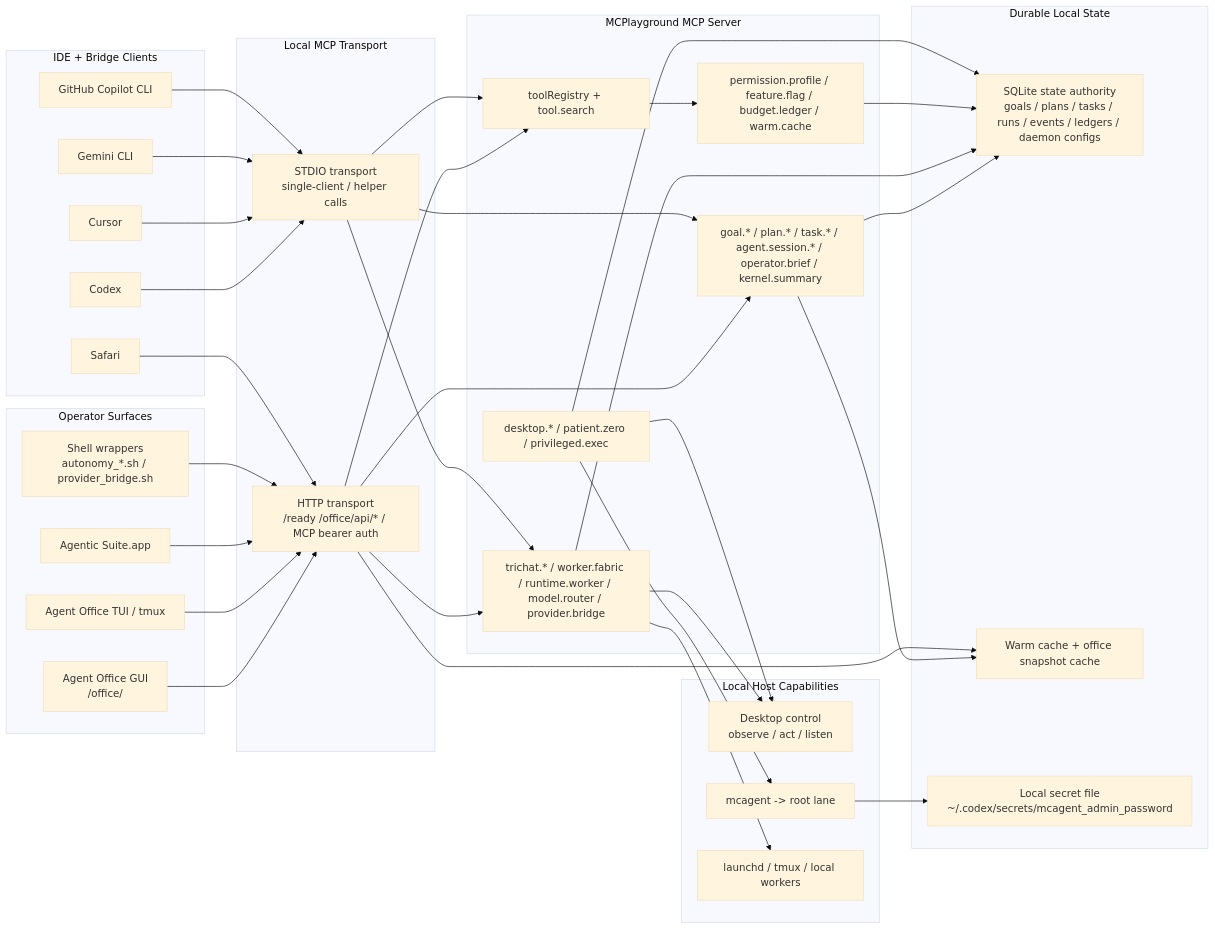
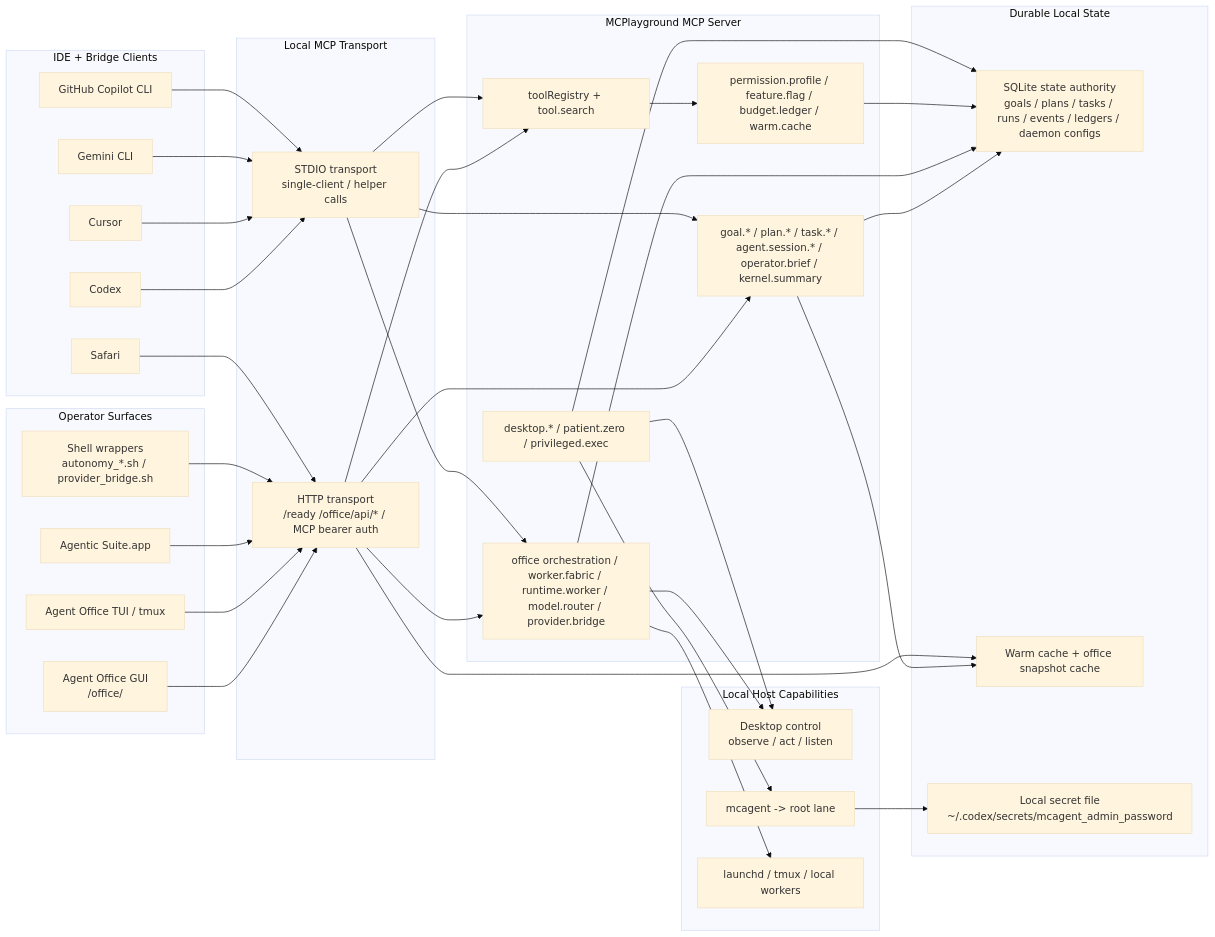
The fourth of 7 diagrams in README.md (driverd12/MASTER-MOLD), drawn with Mermaid (base theme) before and after one commit. The commit also changed other lines of this file, not shown here.

````diff
--- a/README.md
+++ b/README.md
@@ -114,73 +126,73 @@
 ```mermaid
 flowchart LR
   subgraph Operator["Operator Surfaces"]
     OfficeGUI["Agent Office GUI<br/>/office/"]
     OfficeTUI["Agent Office TUI / tmux"]
     Suite["Agentic Suite.app"]
     Shell["Shell wrappers<br/>autonomy_*.sh / provider_bridge.sh"]
   end
 
   subgraph Clients["IDE + Bridge Clients"]
     Codex["Codex"]
     Cursor["Cursor"]
     Gemini["Gemini CLI"]
     Copilot["GitHub Copilot CLI"]
     Browser["Safari"]
   end
 
   subgraph Transport["Local MCP Transport"]
     HTTP["HTTP transport<br/>/ready /office/api/* / MCP bearer auth"]
     STDIO["STDIO transport<br/>single-client / helper calls"]
   end
 
   subgraph Kernel["MCPlayground MCP Server"]
     Registry["toolRegistry + tool.search"]
     Control["goal.* / plan.* / task.* / agent.session.* / operator.brief / kernel.summary"]
-    Fabric["trichat.* / worker.fabric / runtime.worker / model.router / provider.bridge"]
+    Fabric["office orchestration / worker.fabric / runtime.worker / model.router / provider.bridge"]
     Flags["permission.profile / feature.flag / budget.ledger / warm.cache"]
     Local["desktop.* / patient.zero / privileged.exec"]
   end
 
   subgraph State["Durable Local State"]
     SQLite["SQLite state authority<br/>goals / plans / tasks / runs / events / ledgers / daemon configs"]
     Cache["Warm cache + office snapshot cache"]
     Secret["Local secret file<br/>~/.codex/secrets/mcagent_admin_password"]
   end
 
   subgraph Host["Local Host Capabilities"]
     Desktop["Desktop control<br/>observe / act / listen"]
     Admin["mcagent -> root lane"]
     Runtime["launchd / tmux / local workers"]
   end
 
   OfficeGUI --> HTTP
   OfficeTUI --> HTTP
   Suite --> HTTP
   Shell --> HTTP
   Codex --> STDIO
   Cursor --> STDIO
   Gemini --> STDIO
   Copilot --> STDIO
   Browser --> HTTP
 
   HTTP --> Registry
   HTTP --> Control
   HTTP --> Fabric
   STDIO --> Registry
   STDIO --> Control
   STDIO --> Fabric
 
   Registry --> Flags
   Control --> SQLite
   Fabric --> SQLite
   Flags --> SQLite
   Local --> SQLite
   Control --> Cache
   HTTP --> Cache
 
   Fabric --> Runtime
   Fabric --> Desktop
   Local --> Desktop
   Local --> Admin
   Admin --> Secret
 ```
````
